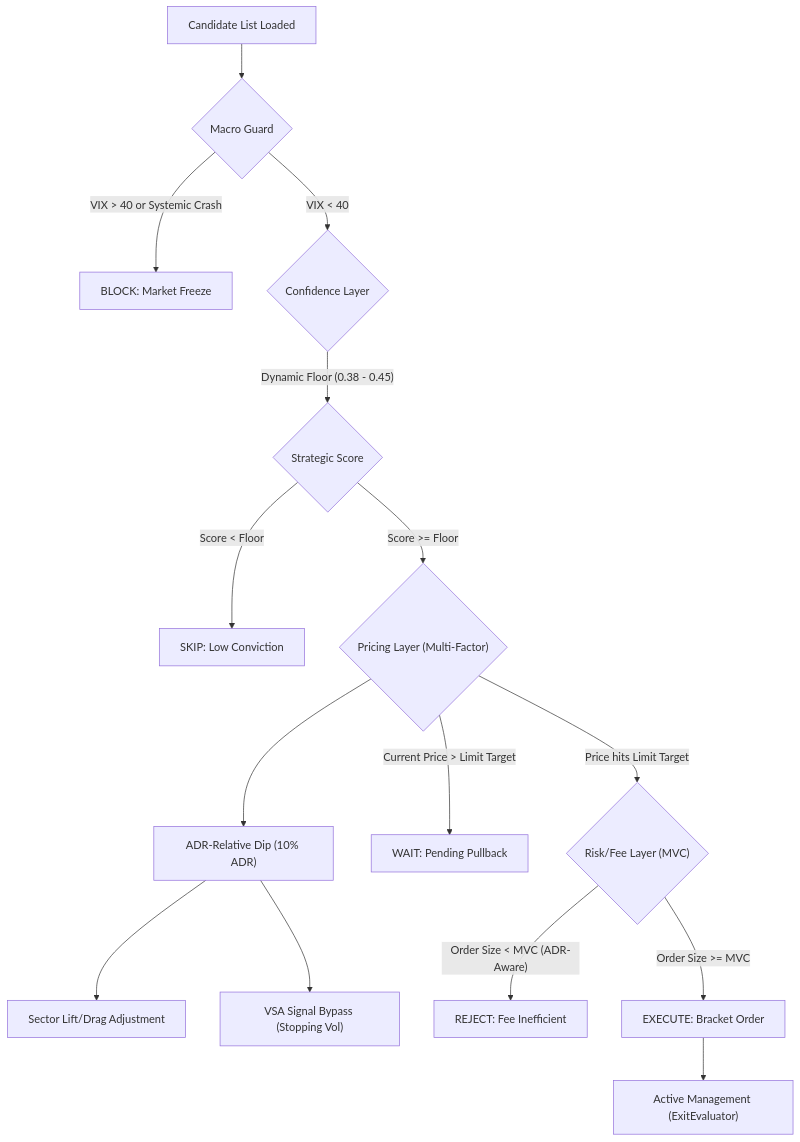
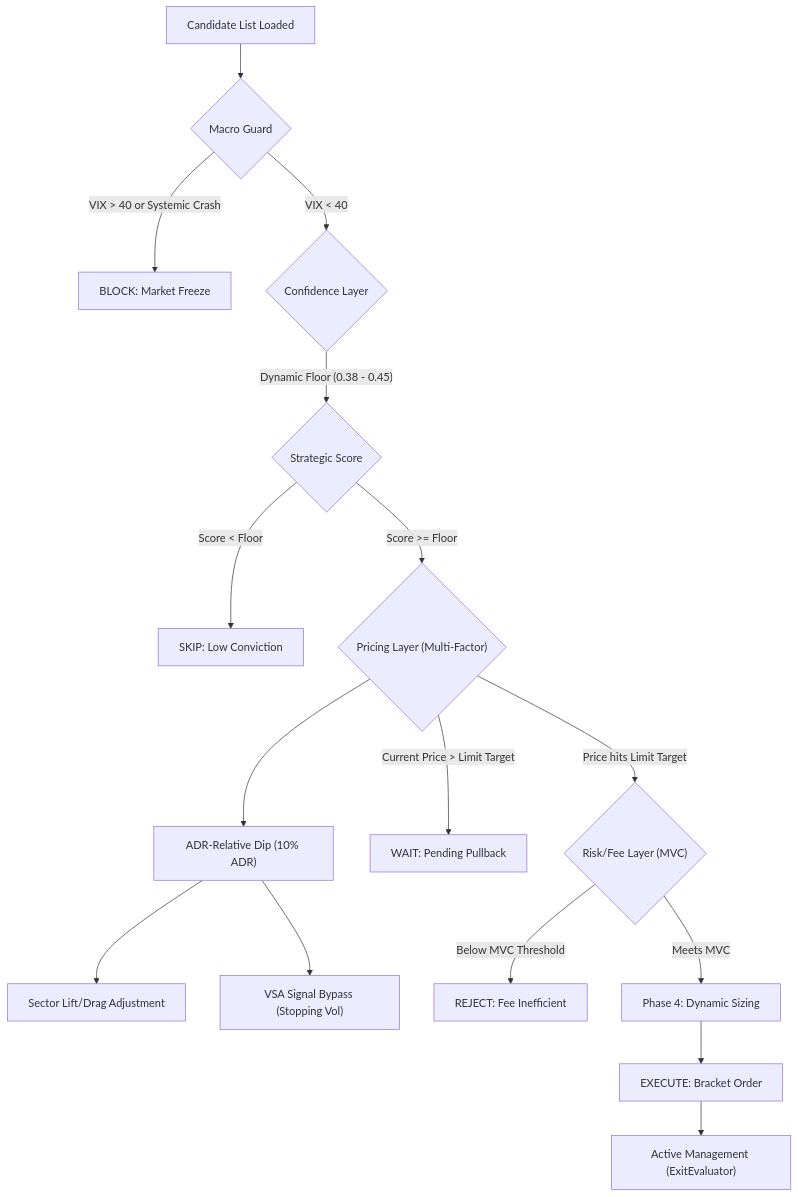
Before and after one commit to GFox1970/rsi-macd-portfolio: the diagram in docs/intelligence_flow.md, drawn with Mermaid. The commit also changed other lines of this file, not shown here.

Commit message:
Docs Sync: Replicating latest architectural updates from main repo

````diff
--- a/docs/intelligence_flow.md
+++ b/docs/intelligence_flow.md
@@ -23,22 +23,23 @@
 ```mermaid
 graph TD
     A["Candidate List Loaded"] --> B{"Macro Guard"}
     B -- "VIX > 40 or Systemic Crash" --> C["BLOCK: Market Freeze"]
     B -- "VIX < 40" --> D{"Confidence Layer"}
     
     D -- "Dynamic Floor (0.38 - 0.45)" --> E{"Strategic Score"}
     E -- "Score < Floor" --> F["SKIP: Low Conviction"]
     E -- "Score >= Floor" --> G{"Pricing Layer (Multi-Factor)"}
     
     G --> G1["ADR-Relative Dip (10% ADR)"]
     G1 --> G2["Sector Lift/Drag Adjustment"]
     G1 --> G3["VSA Signal Bypass (Stopping Vol)"]
     
     G -- "Current Price > Limit Target" --> H["WAIT: Pending Pullback"]
     G -- "Price hits Limit Target" --> I{"Risk/Fee Layer (MVC)"}
     
-    I -- "Order Size < MVC (ADR-Aware)" --> J["REJECT: Fee Inefficient"]
-    I -- "Order Size >= MVC" --> K["EXECUTE: Bracket Order"]
+    I -- "Below MVC Threshold" --> J["REJECT: Fee Inefficient"]
+    I -- "Meets MVC" --> K["Phase 4: Dynamic Sizing"]
     
-    K --> L["Active Management (ExitEvaluator)"]
+    K --> L["EXECUTE: Bracket Order"]
+    L --> M["Active Management (ExitEvaluator)"]
 ```
````
